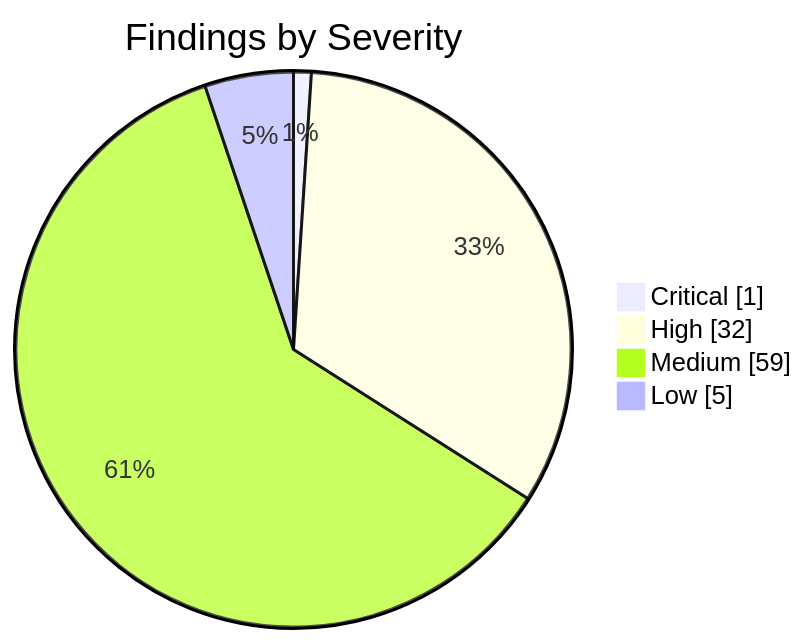
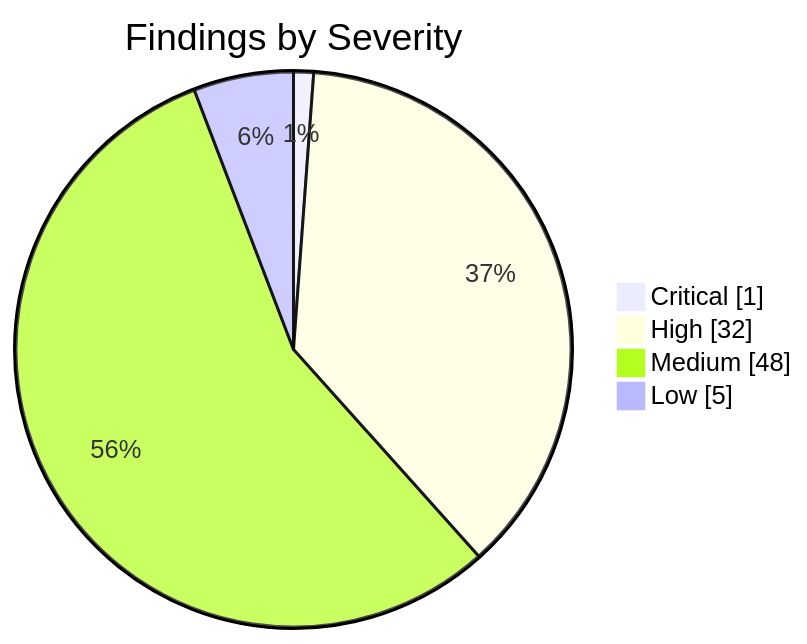
Before and after one commit to KBVE/kbve: the first of 2 diagrams in apps/kbve/astro-kbve/src/content/docs/dashboard/security.mdx, drawn with Mermaid. The commit also changed other lines of this file and 8 other files, not shown here.

````diff
--- a/apps/kbve/astro-kbve/src/content/docs/dashboard/security.mdx
+++ b/apps/kbve/astro-kbve/src/content/docs/dashboard/security.mdx
@@ -62,8 +62,8 @@
 ```mermaid
 pie showData
     title Findings by Severity
     "Critical" : 1
     "High" : 32
-    "Medium" : 59
+    "Medium" : 48
     "Low" : 5
 ```
````
